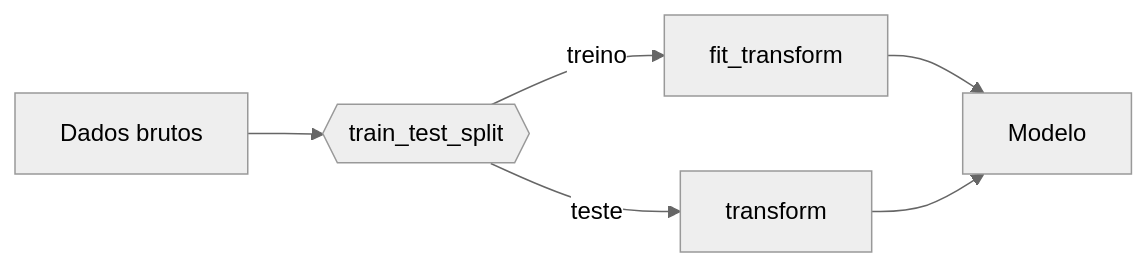
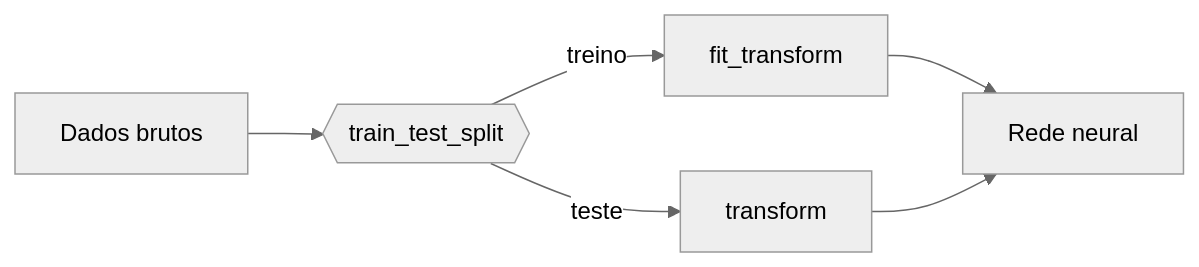
Before and after one commit to GMori-creator/ann-dl: the diagram in docs/exercises/data/index.md, drawn with Mermaid (neutral theme). The commit also changed other lines of this file and 13 other files, not shown here.

````diff
--- a/docs/exercises/data/index.md
+++ b/docs/exercises/data/index.md
@@ -90,8 +125,8 @@
 ``` mermaid
 flowchart LR
     raw[Dados brutos] --> split{{train_test_split}}
     split -->|treino| fit[fit_transform]
     split -->|teste| apply[transform]
-    fit --> model[Modelo]
+    fit --> model[Rede neural]
     apply --> model
 ```
````
